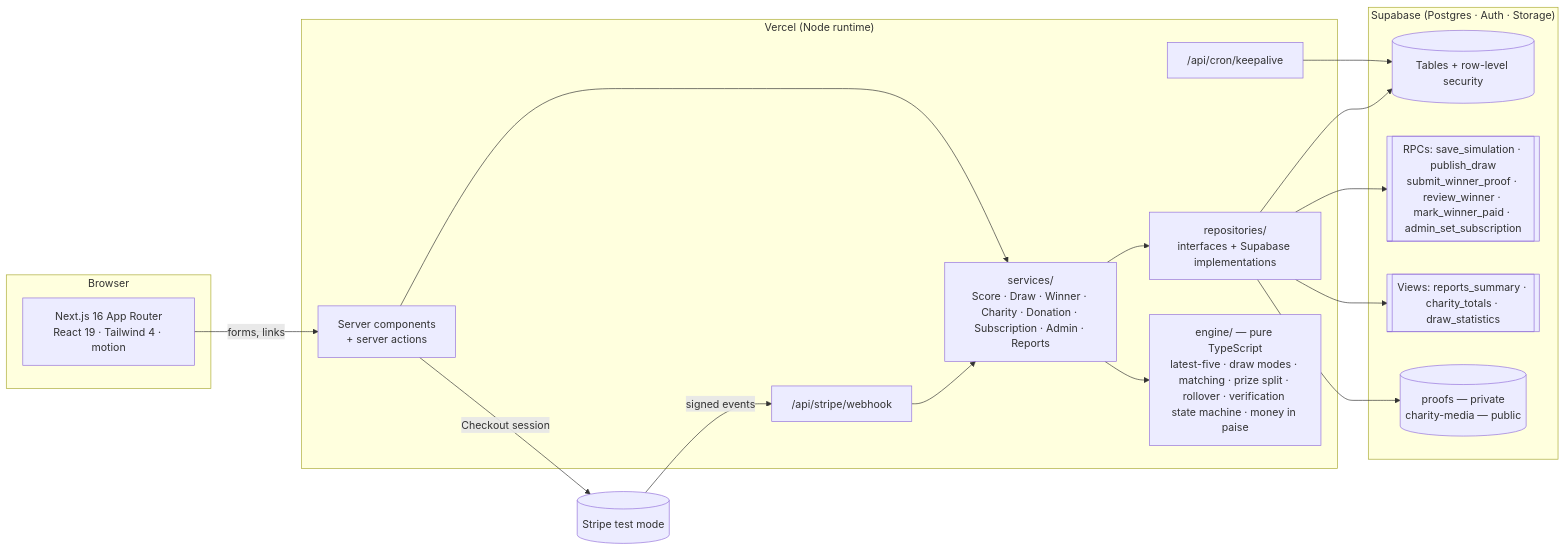
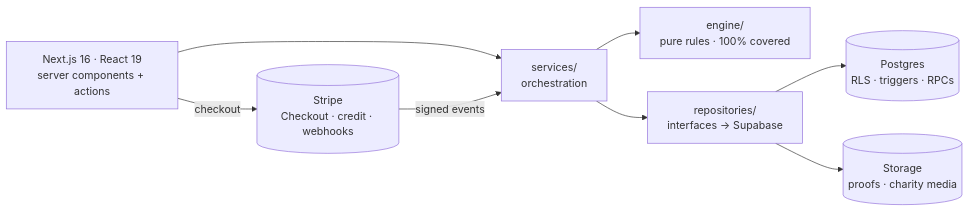
One commit to abrasive519mars/kindscore changed the first of 2 diagrams in README.md. Above: the diagram before and after it, drawn with Mermaid. The commit also changed other lines of this file and 16 other files, not shown here.

````diff
--- a/README.md
+++ b/README.md
@@ -43,29 +80,14 @@
 ```mermaid
 flowchart LR
-  subgraph Browser
-    UI[Next.js 16 App Router<br/>React 19 · Tailwind 4 · motion]
-  end
-  subgraph Vercel["Vercel (Node runtime)"]
-    Pages[Server components<br/>+ server actions]
-    Webhook["/api/stripe/webhook"]
-    Cron["/api/cron/keepalive"]
-    Services[services/<br/>Score · Draw · Winner · Charity · Donation · Subscription · Admin · Reports]
-    Repos[repositories/<br/>interfaces + Supabase implementations]
-    Engine[engine/ — pure TypeScript<br/>latest-five · draw modes · matching · prize split · rollover · verification state machine · money in paise]
-  end
-  subgraph Supabase["Supabase (Postgres · Auth · Storage)"]
-    RLS[(Tables + row-level security)]
-    RPC[[RPCs: save_simulation · publish_draw<br/>submit_winner_proof · review_winner · mark_winner_paid · admin_set_subscription]]
-    Views[[Views: reports_summary · charity_totals · draw_statistics]]
-    Storage[(proofs — private<br/>charity-media — public)]
-  end
-  Stripe[(Stripe test mode)]
+  UI[Next.js 16 · React 19<br/>server components + actions]
+  Services[services/<br/>orchestration]
+  Engine[engine/<br/>pure rules · 100% covered]
+  Repos[repositories/<br/>interfaces → Supabase]
+  DB[(Postgres<br/>RLS · triggers · RPCs)]
+  Storage[(Storage<br/>proofs · charity media)]
+  Stripe[(Stripe<br/>Checkout · credit · webhooks)]
 
-  UI -->|forms, links| Pages
-  Pages --> Services --> Repos
-  Services --> Engine
-  Repos --> RLS & RPC & Views & Storage
-  Pages -->|Checkout session| Stripe
-  Stripe -->|signed events| Webhook --> Services
-  Cron --> RLS
+  UI --> Services --> Engine
+  Services --> Repos --> DB & Storage
+  UI -->|checkout| Stripe -->|signed events| Services
 ```
````
